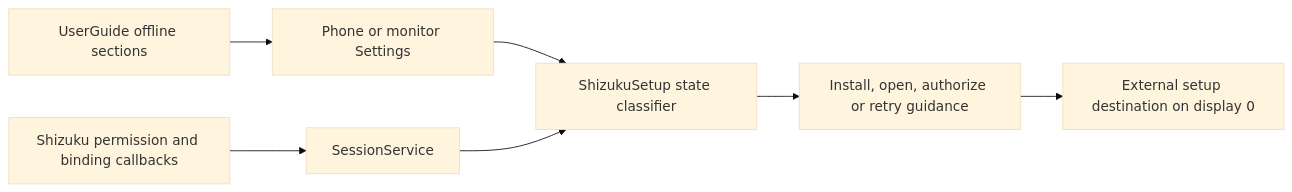
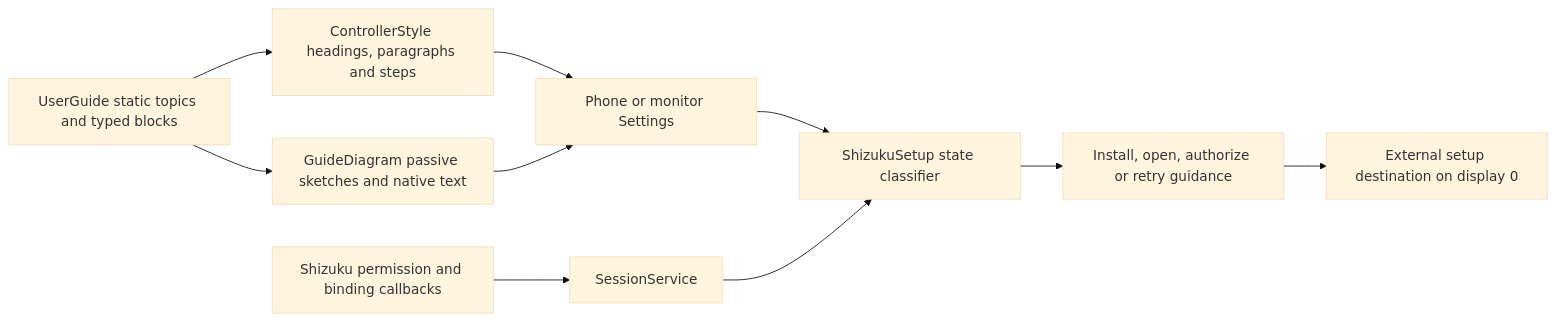
One commit to PhiLong-Ho/DexDroid changed the first of 3 diagrams in docs/architecture/features/setup-and-guide.md. Above: the diagram before and after it, drawn with Mermaid (base theme). The commit also changed other lines of this file and 82 other files, not shown here.

````diff
--- a/docs/architecture/features/setup-and-guide.md
+++ b/docs/architecture/features/setup-and-guide.md
@@ -14,9 +14,12 @@
 ```mermaid
 flowchart LR
     UI[Phone or monitor Settings] --> Setup[ShizukuSetup state classifier]
     Setup --> Action[Install, open, authorize or retry guidance]
     Action --> Phone[External setup destination on display 0]
     Broker[Shizuku permission and binding callbacks] --> Session[SessionService]
     Session --> Setup
-    Guide[UserGuide offline sections] --> UI
+    Guide[UserGuide static topics and typed blocks] --> Reading[ControllerStyle headings, paragraphs and steps]
+    Guide --> Diagrams[GuideDiagram passive sketches and native text]
+    Reading --> UI
+    Diagrams --> UI
 ```
````
